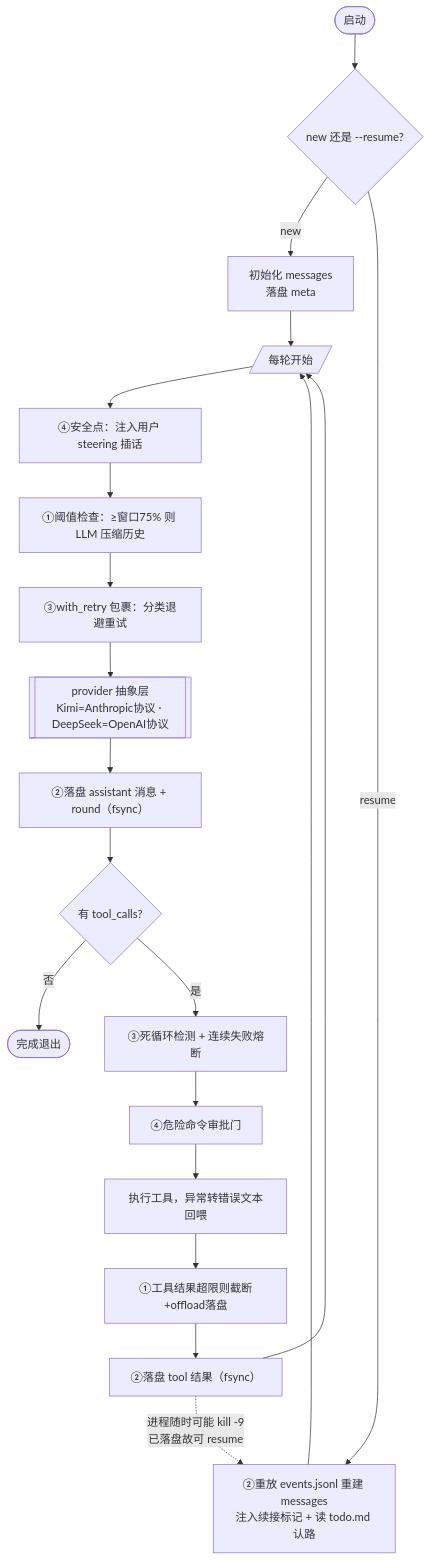
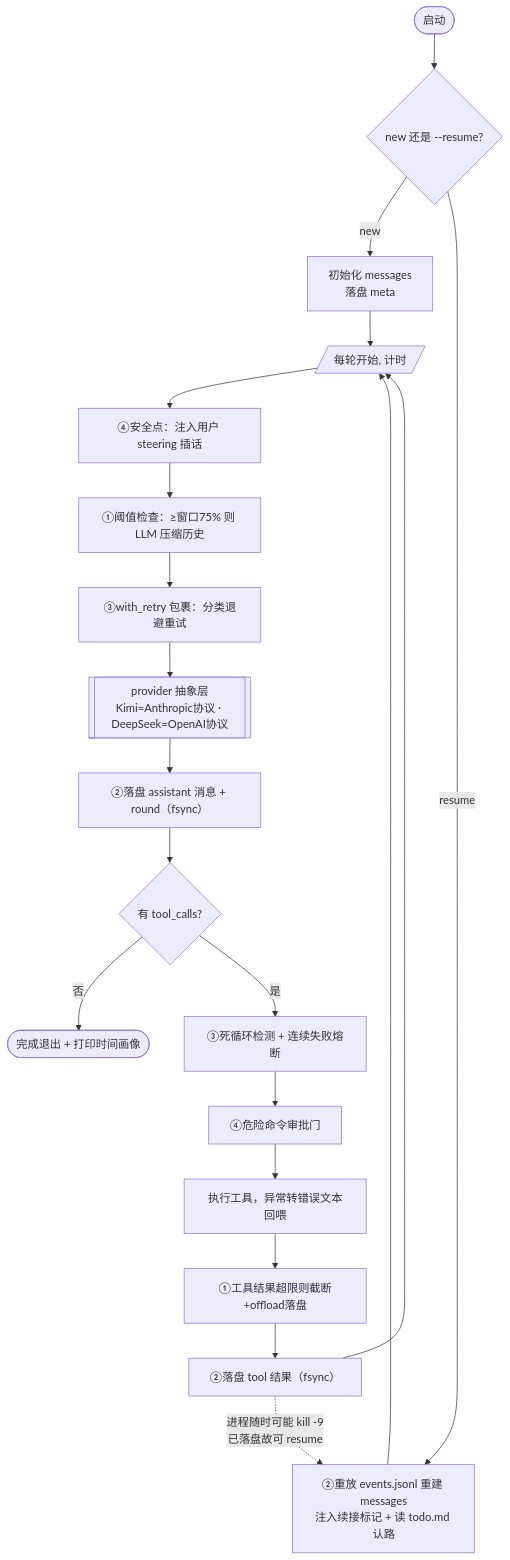
Before and after one commit to fatmmouse/kimi-coding-agent: the diagram in docs/answer.md, drawn with Mermaid. The commit also changed other lines of this file and 5 other files, not shown here.

````diff
--- a/docs/answer.md
+++ b/docs/answer.md
@@ -32,22 +37,22 @@
 ```mermaid
 flowchart TD
   Start([启动]) --> Load{new 还是 --resume?}
   Load -->|new| Init[初始化 messages<br/>落盘 meta]
   Load -->|resume| Replay["②重放 events.jsonl 重建 messages<br/>注入续接标记 + 读 todo.md 认路"]
   Init --> Loop
   Replay --> Loop
-  Loop[/每轮开始/] --> Steer["④安全点：注入用户 steering 插话"]
+  Loop[/每轮开始, 计时/] --> Steer["④安全点：注入用户 steering 插话"]
   Steer --> Compact["①阈值检查：≥窗口75% 则 LLM 压缩历史"]
   Compact --> Call["③with_retry 包裹：分类退避重试"]
   Call --> Prov[["provider 抽象层<br/>Kimi=Anthropic协议 · DeepSeek=OpenAI协议"]]
   Prov --> Persist["②落盘 assistant 消息 + round（fsync）"]
   Persist --> Done{有 tool_calls?}
-  Done -->|否| Final([完成退出])
+  Done -->|否| Final([完成退出 + 打印时间画像])
   Done -->|是| Guard["③死循环检测 + 连续失败熔断"]
   Guard --> Gate["④危险命令审批门"]
   Gate --> Exec[执行工具，异常转错误文本回喂]
   Exec --> Trunc["①工具结果超限则截断+offload落盘"]
   Trunc --> PersistT["②落盘 tool 结果（fsync）"]
   PersistT -.->|"进程随时可能 kill -9<br/>已落盘故可 resume"| Replay
   PersistT --> Loop
 ```
````
